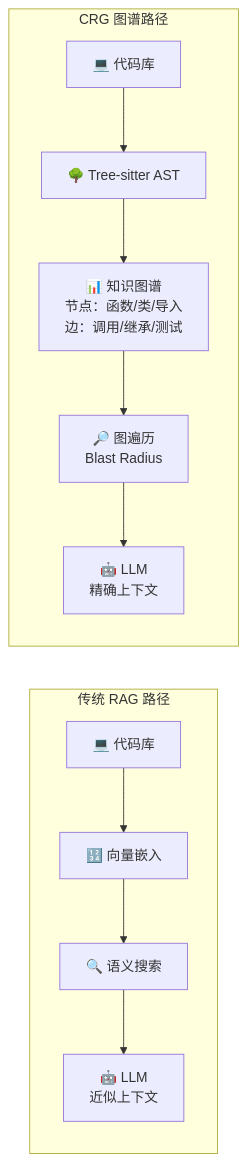
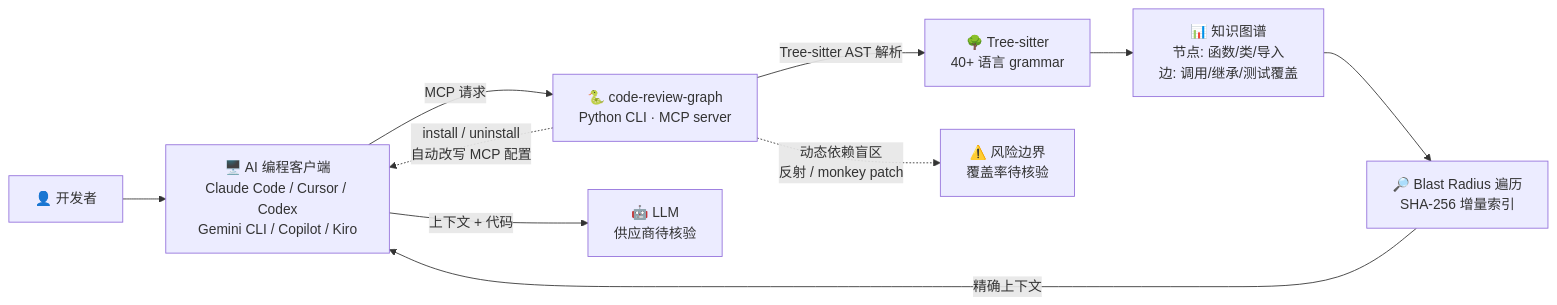
Before and after one commit to aiutil/github-researcher: the diagram in projects/code-review-graph.md, drawn with Mermaid. The commit also changed other lines of this file and 939 other files, not shown here.

Commit message:
feat: add architect briefs and Mermaid project maps

````diff
--- a/projects/code-review-graph.md
+++ b/projects/code-review-graph.md
@@ -40,15 +53,12 @@
 ```mermaid
 flowchart LR
-    subgraph "传统 RAG 路径"
-        Code1["💻 代码库"] --> Embed["🔢 向量嵌入"]
-        Embed --> Search["🔍 语义搜索"]
-        Search --> LLM1["🤖 LLM<br/>近似上下文"]
-    end
-    
-    subgraph "CRG 图谱路径"
-        Code2["💻 代码库"] --> TS["🌳 Tree-sitter AST"]
-        TS --> Graph["📊 知识图谱<br/>节点：函数/类/导入<br/>边：调用/继承/测试"]
-        Graph --> Traverse["🔎 图遍历<br/>Blast Radius"]
-        Traverse --> LLM2["🤖 LLM<br/>精确上下文"]
-    end
+    User["👤 开发者"] --> IDE["🖥️ AI 编程客户端<br/>Claude Code / Cursor / Codex<br/>Gemini CLI / Copilot / Kiro"]
+    IDE -- "MCP 请求" --> CRG["🐍 code-review-graph<br/>Python CLI · MCP server"]
+    CRG -- "Tree-sitter AST 解析" --> TS["🌳 Tree-sitter<br/>40+ 语言 grammar"]
+    TS --> Graph["📊 知识图谱<br/>节点: 函数/类/导入<br/>边: 调用/继承/测试覆盖"]
+    Graph --> Blast["🔎 Blast Radius 遍历<br/>SHA-256 增量索引"]
+    Blast -- "精确上下文" --> IDE
+    CRG -. "install / uninstall<br/>自动改写 MCP 配置" .-> IDE
+    IDE -- "上下文 + 代码" --> LLM["🤖 LLM<br/>供应商待核验"]
+    CRG -. "动态依赖盲区<br/>反射 / monkey patch" .-> Risk["⚠️ 风险边界<br/>覆盖率待核验"]
 ```
````
